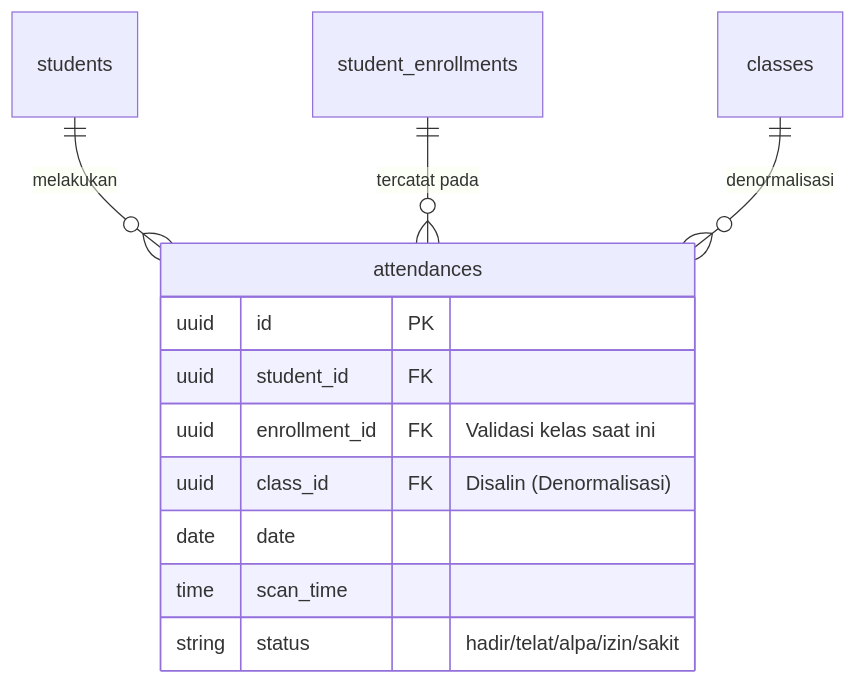
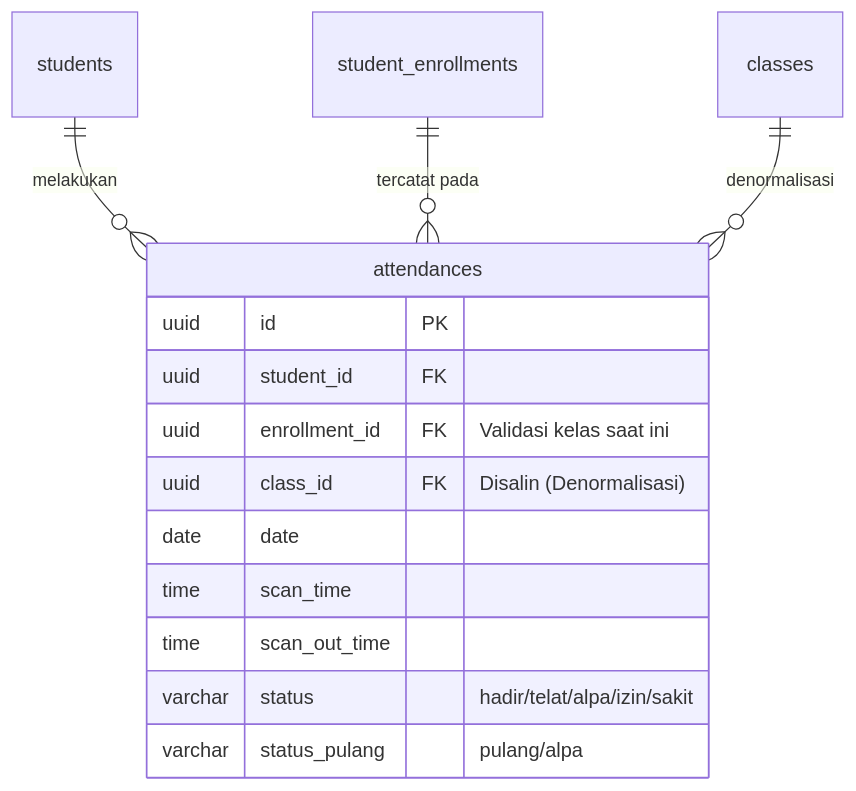
The diagram in docs/blueprint/04-module-attendance.md (sutrisnoetseul21/absensi-barcode), drawn with Mermaid before and after one commit. The commit also changed other lines of this file and 16 other files, not shown here.

````diff
--- a/docs/blueprint/04-module-attendance.md
+++ b/docs/blueprint/04-module-attendance.md
@@ -41,16 +43,18 @@
 ```mermaid
 erDiagram
     students ||--o{ attendances : "melakukan"
     student_enrollments ||--o{ attendances : "tercatat pada"
     classes ||--o{ attendances : "denormalisasi"
     
     attendances {
         uuid id PK
         uuid student_id FK
         uuid enrollment_id FK "Validasi kelas saat ini"
         uuid class_id FK "Disalin (Denormalisasi)"
         date date
         time scan_time
-        string status "hadir/telat/alpa/izin/sakit"
+        time scan_out_time
+        varchar status "hadir/telat/alpa/izin/sakit"
+        varchar status_pulang "pulang/alpa"
     }
 ```
````
